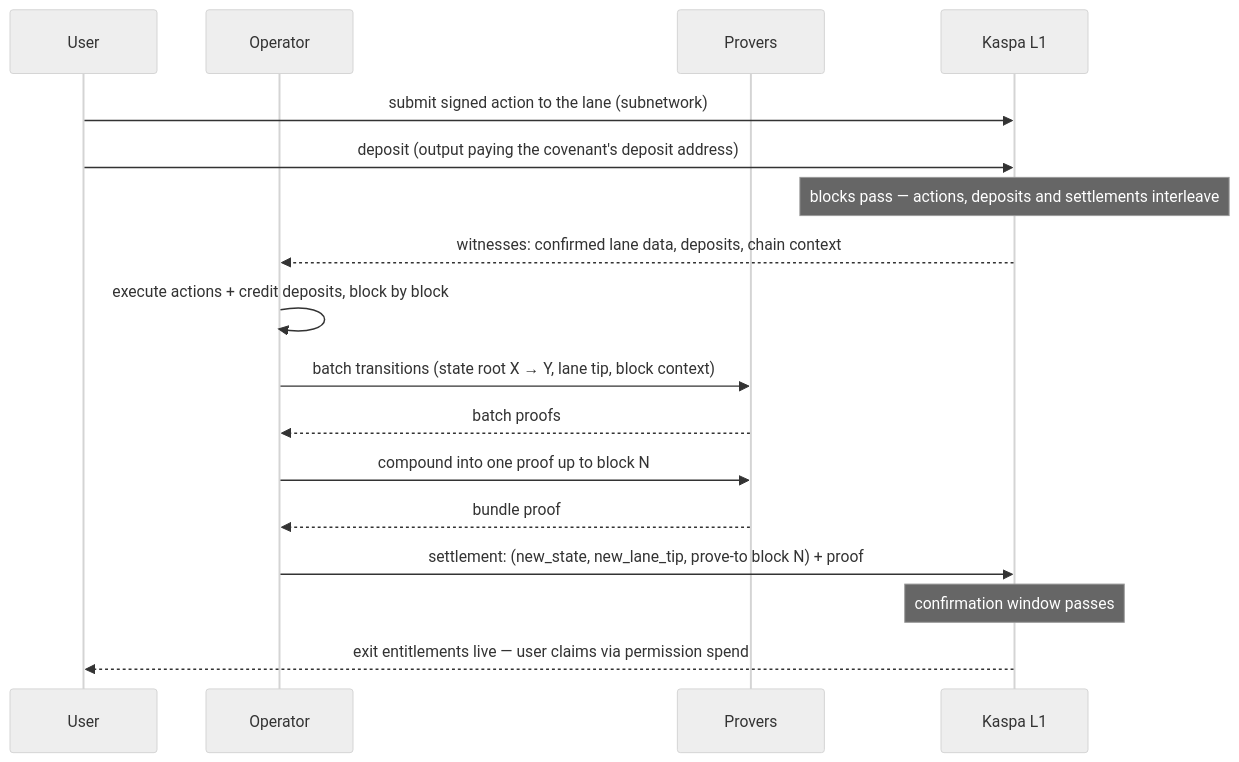
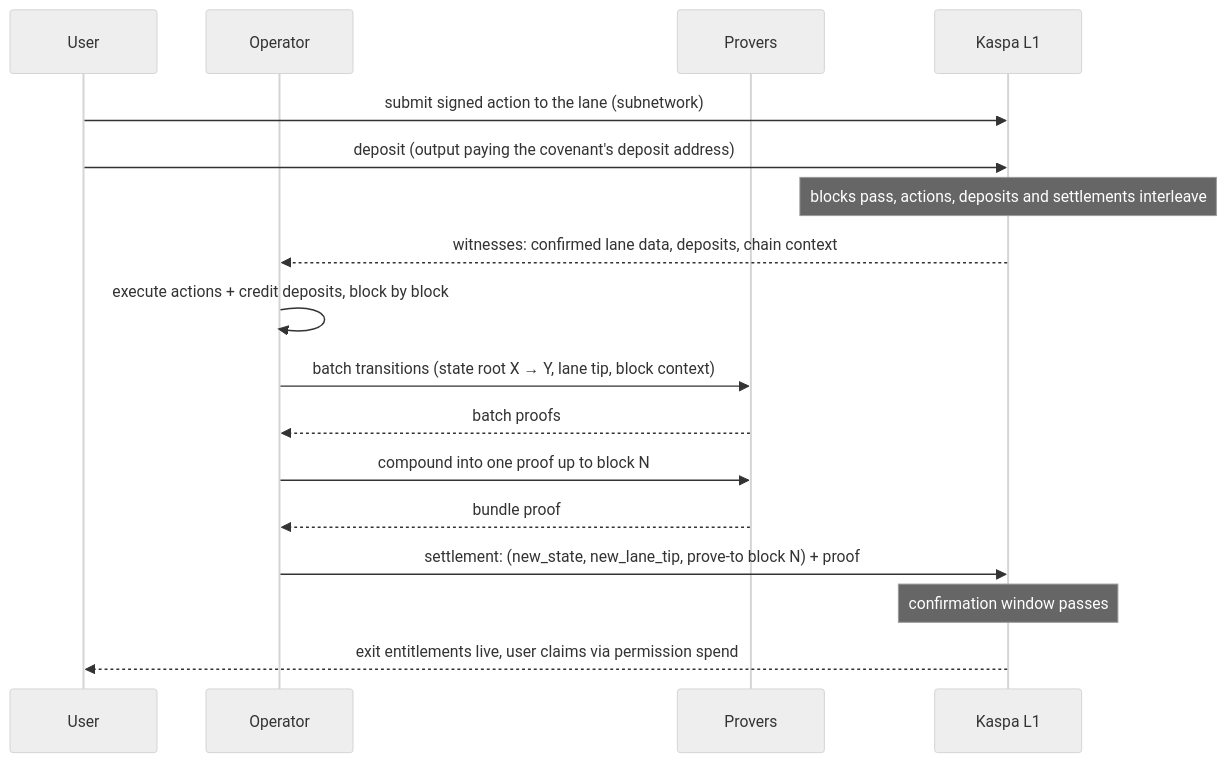
The diagram in src/chaining.md (biryukovmaxim/vprogs-workshop), drawn with Mermaid (neutral theme) before and after one commit. The commit also changed other lines of this file and 11 other files, not shown here.

````diff
--- a/src/chaining.md
+++ b/src/chaining.md
@@ -8,20 +8,20 @@
 ```mermaid
 sequenceDiagram
     participant U as User
     participant OP as Operator
     participant P as Provers
     participant L1 as Kaspa L1
 
     U->>L1: submit signed action to the lane (subnetwork)
     U->>L1: deposit (output paying the covenant's deposit address)
-    Note over L1: blocks pass — actions, deposits and settlements interleave
+    Note over L1: blocks pass, actions, deposits and settlements interleave
     L1-->>OP: witnesses: confirmed lane data, deposits, chain context
     OP->>OP: execute actions + credit deposits, block by block
     OP->>P: batch transitions (state root X → Y, lane tip, block context)
     P-->>OP: batch proofs
     OP->>P: compound into one proof up to block N
     P-->>OP: bundle proof
     OP->>L1: settlement: (new_state, new_lane_tip, prove-to block N) + proof
     Note over L1: confirmation window passes
-    L1-->>U: exit entitlements live — user claims via permission spend
+    L1-->>U: exit entitlements live, user claims via permission spend
 ```
````
